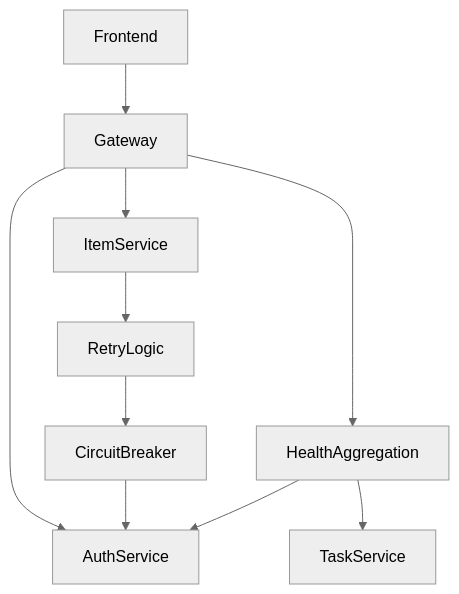
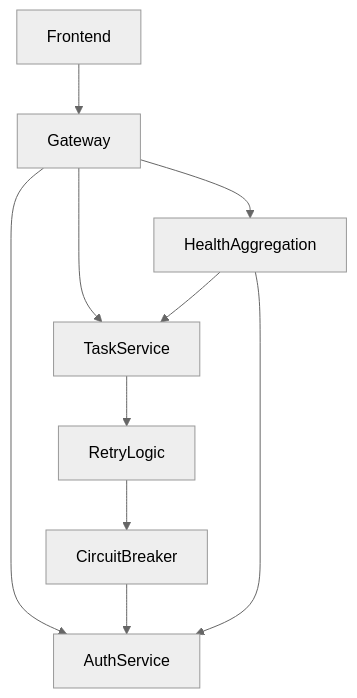
One commit to aidilsaputrakirsan-classroom/cc-kelompok-a-ethereal changed the second of 2 diagrams in docs/architecture.md. Above: the diagram before and after it, drawn with Mermaid (neutral theme). The commit also changed other lines of this file and 1 other file, not shown here.

````diff
--- a/docs/architecture.md
+++ b/docs/architecture.md
@@ -188,17 +188,17 @@
 ```mermaid
 graph TD
 
 Frontend --> Gateway
 
-Gateway --> ItemService
+Gateway --> TaskService
 Gateway --> AuthService
 
-ItemService --> RetryLogic
+TaskService --> RetryLogic
 RetryLogic --> CircuitBreaker
 CircuitBreaker --> AuthService
 
 Gateway --> HealthAggregation
 
 HealthAggregation --> AuthService
 HealthAggregation --> TaskService
 ```
````
